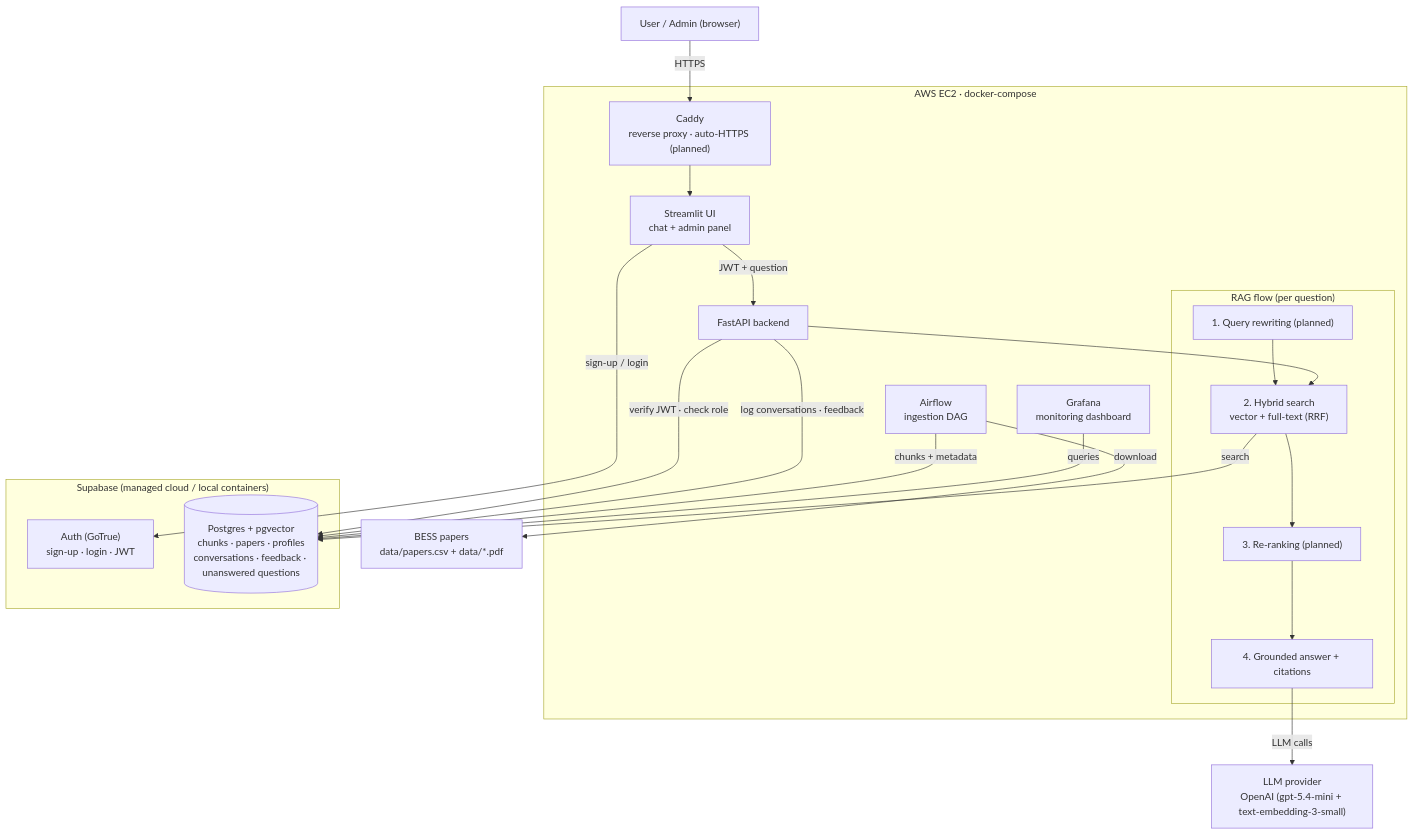
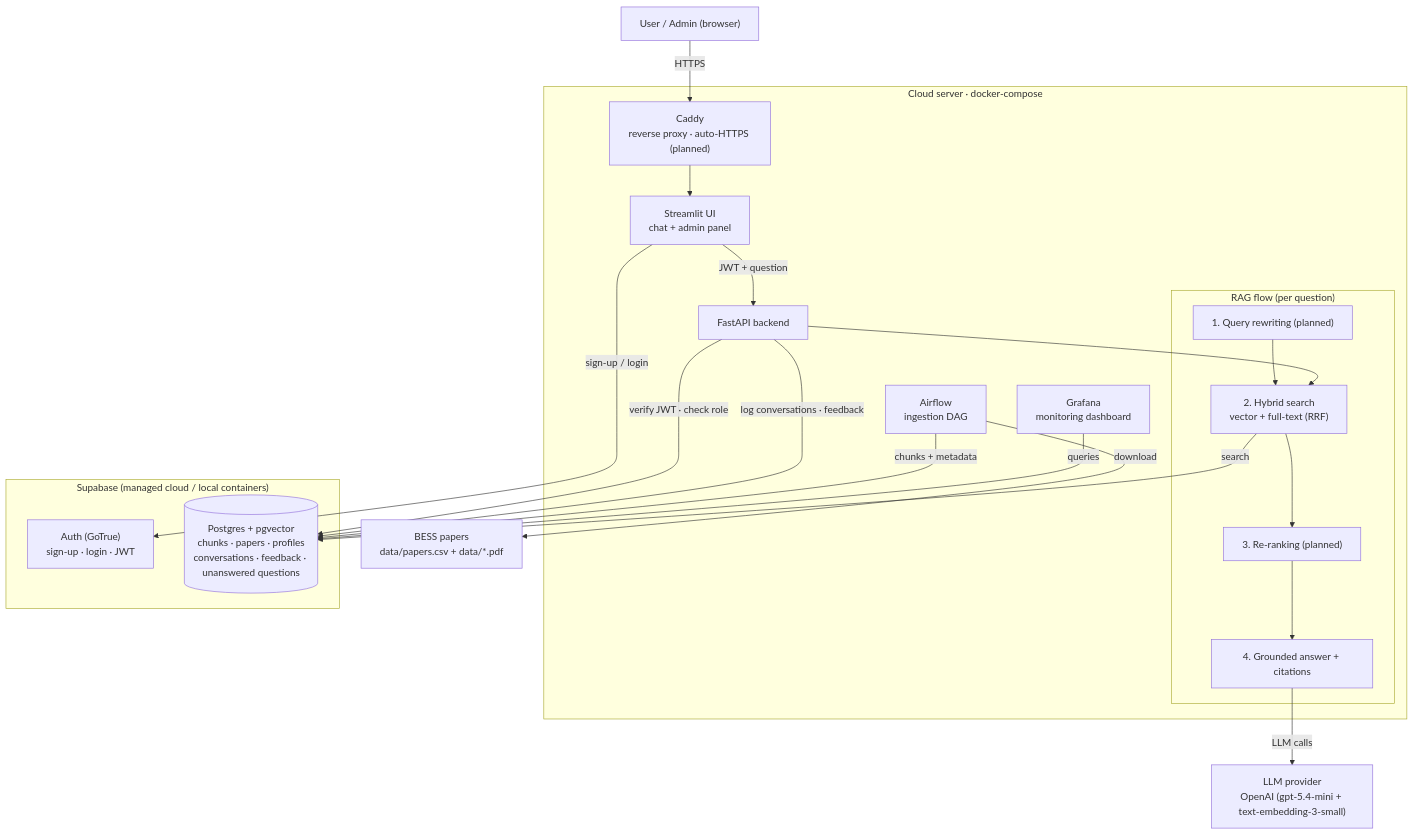
The diagram in README.md (jveg25/llm-zoomcamp-jesus-vega-capstone-project), drawn with Mermaid before and after one commit. The commit also changed other lines of this file and 4 other files, not shown here.

````diff
--- a/README.md
+++ b/README.md
@@ -38,42 +38,42 @@
 ```mermaid
 flowchart TB
     U["User / Admin (browser)"]
 
-    subgraph EDGE["AWS EC2 · docker-compose"]
+    subgraph EDGE["Cloud server · docker-compose"]
         CADDY["Caddy<br/>reverse proxy · auto-HTTPS (planned)"]
         UI["Streamlit UI<br/>chat + admin panel"]
         API["FastAPI backend"]
 
         subgraph RAG["RAG flow (per question)"]
             QR["1. Query rewriting (planned)"]
             HS["2. Hybrid search<br/>vector + full-text (RRF)"]
             RR["3. Re-ranking (planned)"]
             GEN["4. Grounded answer + citations"]
             QR --> HS --> RR --> GEN
         end
 
         AF["Airflow<br/>ingestion DAG"]
         GF["Grafana<br/>monitoring dashboard"]
     end
 
     subgraph SUPA["Supabase (managed cloud / local containers)"]
         AUTH["Auth (GoTrue)<br/>sign-up · login · JWT"]
         DB[("Postgres + pgvector<br/>chunks · papers · profiles<br/>conversations · feedback · unanswered questions")]
     end
 
     LLM["LLM provider<br/>OpenAI (gpt-5.4-mini + text-embedding-3-small)"]
     PDF["BESS papers<br/>data/papers.csv + data/*.pdf"]
 
     U -->|HTTPS| CADDY
     CADDY --> UI
     UI -->|sign-up / login| AUTH
     UI -->|JWT + question| API
     API -->|verify JWT · check role| DB
     API --> HS
     GEN -->|LLM calls| LLM
     HS -->|search| DB
     API -->|log conversations · feedback| DB
     AF -->|download| PDF
     AF -->|chunks + metadata| DB
     GF -->|queries| DB
 ```
````
